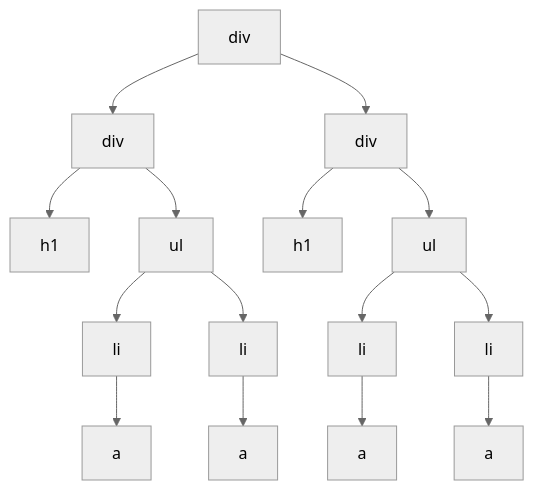
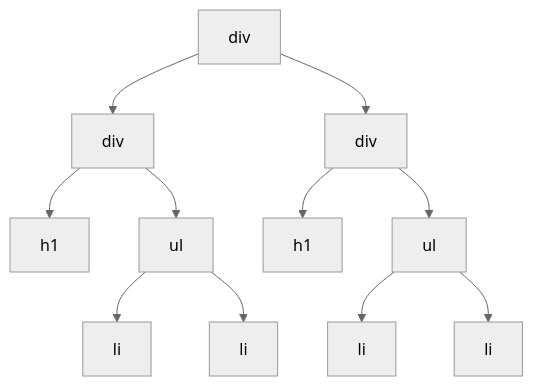
Before and after one commit to iacobucci/sviluppo_web_in_javascript: the second of 3 diagrams in slides/2.md, drawn with Mermaid. The commit also changed other lines of this file and 27 other files, not shown here.

```diff
--- a/slides/2.md
+++ b/slides/2.md
@@ -106,14 +104,14 @@
 <div class="mermaid" style="max-height:22vh;">
 %%{init: {'theme': 'neutral', 'mirrorActors': false} }%%
 flowchart TD
 	A[div] --> B[div]
 	A --> C[div]
 	B --> D[h1]
 	B --> E[ul]
 	C --> F[h1]
 	C --> G[ul]
-	E --> H[li] --> L[a]
-	E --> I[li] --> M[a]
-	G --> J[li] --> N[a]
-	G --> K[li] --> O[a]
+	E --> H[li]
+	E --> I[li]
+	G --> J[li]
+	G --> K[li]
 </div>
```
